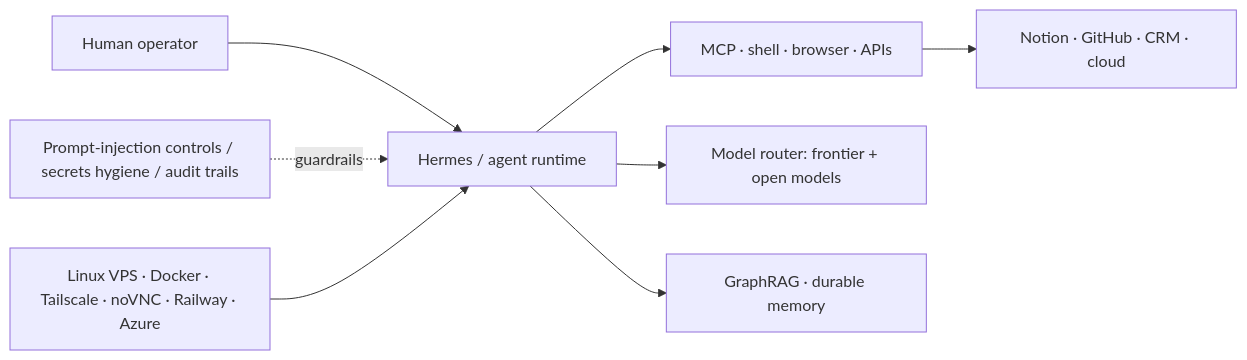
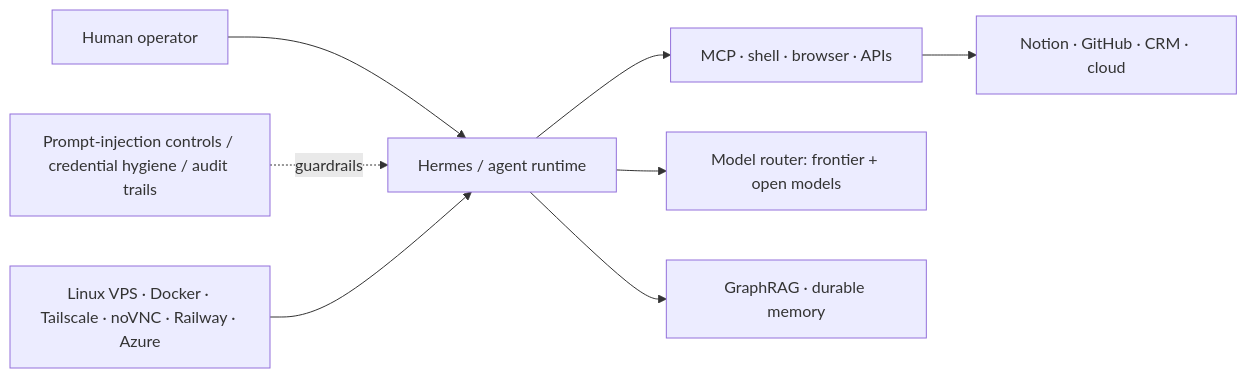
Before and after one commit to seagpt/seagpt: the diagram in README.md, drawn with Mermaid. The commit also changed other lines of this file, not shown here.

````diff
--- a/README.md
+++ b/README.md
@@ -53,10 +57,10 @@
 ```mermaid
 flowchart LR
   human[Human operator] --> agent[Hermes / agent runtime]
   agent --> tools[MCP · shell · browser · APIs]
   agent --> models[Model router: frontier + open models]
   agent --> memory[GraphRAG · durable memory]
   tools --> workflows[Notion · GitHub · CRM · cloud]
-  security[Prompt-injection controls / secrets hygiene / audit trails] -. guardrails .-> agent
+  security[Prompt-injection controls / credential hygiene / audit trails] -. guardrails .-> agent
   cloud[Linux VPS · Docker · Tailscale · noVNC · Railway · Azure] --> agent
 ```
````
